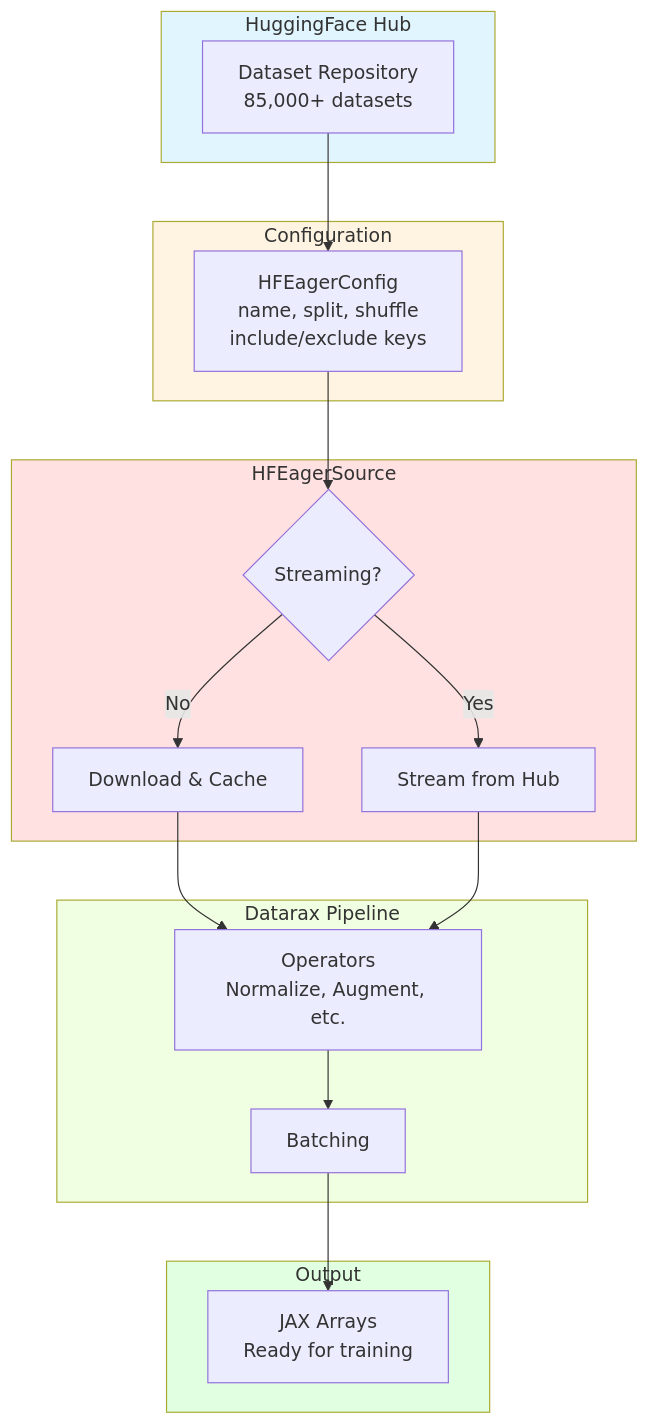
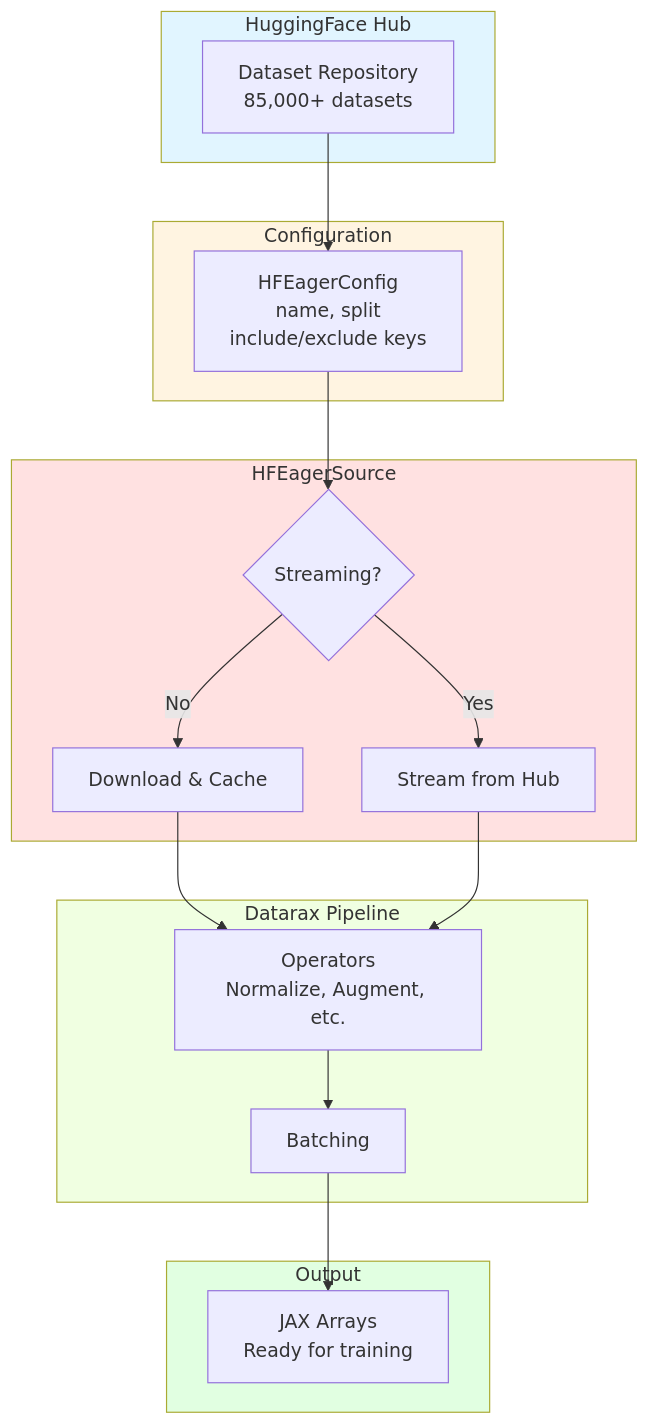
The diagram in docs/examples/integration/huggingface/hf-tutorial.md (avitai/datarax), drawn with Mermaid before and after one commit. The commit also changed other lines of this file and 223 other files, not shown here.

````diff
--- a/docs/examples/integration/huggingface/hf-tutorial.md
+++ b/docs/examples/integration/huggingface/hf-tutorial.md
@@ -500,37 +488,37 @@
 ```mermaid
 flowchart TB
     subgraph HF["HuggingFace Hub"]
         Hub[Dataset Repository<br/>85,000+ datasets]
     end
 
     subgraph Config["Configuration"]
-        Cfg[HFEagerConfig<br/>name, split, shuffle<br/>include/exclude keys]
+        Cfg[HFEagerConfig<br/>name, split<br/>include/exclude keys]
     end
 
     subgraph Source["HFEagerSource"]
         Stream{Streaming?}
         Download[Download & Cache]
         StreamLoad[Stream from Hub]
     end
 
     subgraph Pipeline["Datarax Pipeline"]
         Ops[Operators<br/>Normalize, Augment, etc.]
         Batch[Batching]
     end
 
     subgraph Output["Output"]
         JAX[JAX Arrays<br/>Ready for training]
     end
 
     Hub --> Cfg
     Cfg --> Stream
     Stream -->|No| Download --> Ops
     Stream -->|Yes| StreamLoad --> Ops
     Ops --> Batch --> JAX
 
     style HF fill:#e1f5ff
     style Config fill:#fff4e1
     style Source fill:#ffe1e1
     style Pipeline fill:#f0ffe1
     style Output fill:#e1ffe1
 ```
````
